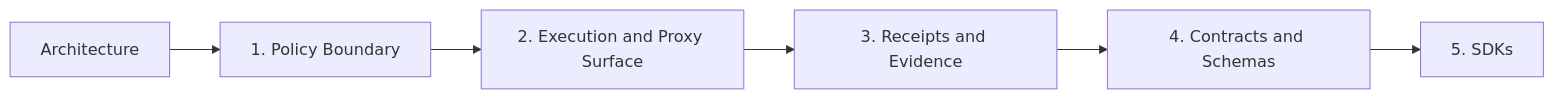
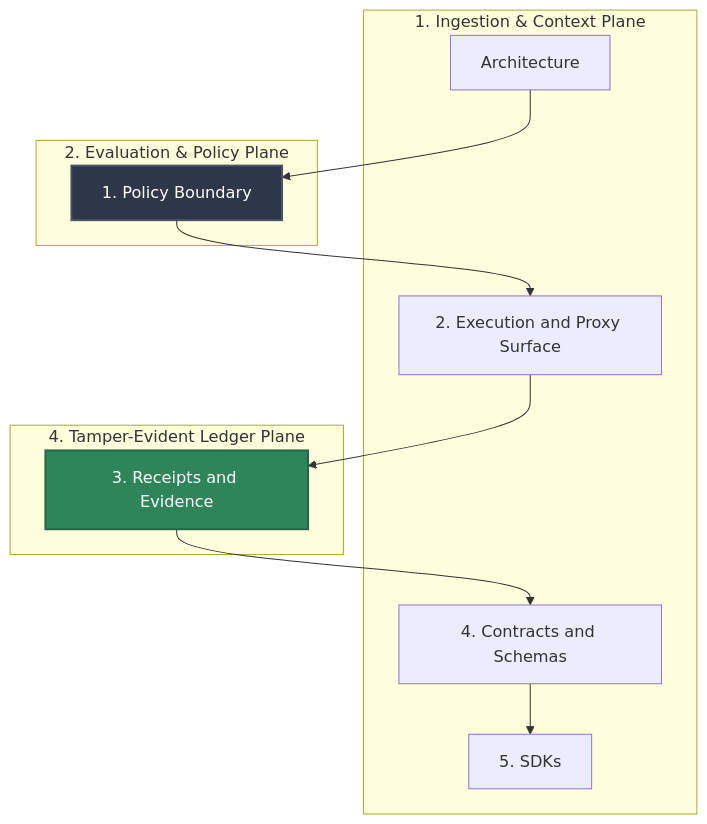
The diagram in docs/ARCHITECTURE.md (Mindburn-Labs/helm-ai-kernel), drawn with Mermaid before and after one commit. The commit also changed other lines of this file and 330 other files, not shown here.

````diff
--- a/docs/ARCHITECTURE.md
+++ b/docs/ARCHITECTURE.md
@@ -39,14 +39,28 @@
 ```mermaid
-flowchart LR
-  Page["Architecture"]
-  A["1. Policy Boundary"]
-  B["2. Execution and Proxy Surface"]
-  C["3. Receipts and Evidence"]
-  D["4. Contracts and Schemas"]
-  E["5. SDKs"]
-  Page --> A
-  A --> B
-  B --> C
-  C --> D
-  D --> E
+flowchart TD
+    subgraph Ingestion["1. Ingestion & Context Plane"]
+        Page["Architecture"]
+        B["2. Execution and Proxy Surface"]
+        D["4. Contracts and Schemas"]
+        E["5. SDKs"]
+    end
+
+    subgraph Evaluation["2. Evaluation & Policy Plane"]
+        A["1. Policy Boundary"]
+    end
+
+    subgraph Ledger["4. Tamper-Evident Ledger Plane"]
+        C["3. Receipts and Evidence"]
+    end
+
+    %% Operational Flow Edges
+    Page --> A
+    A --> B
+    B --> C
+    C --> D
+    D --> E
+
+    %% Premium Styling Rules
+    style A fill:#2d3748,stroke:#4a5568,stroke-width:2px,color:#fff
+    style C fill:#2f855a,stroke:#276749,stroke-width:2px,color:#fff
 ```
````
